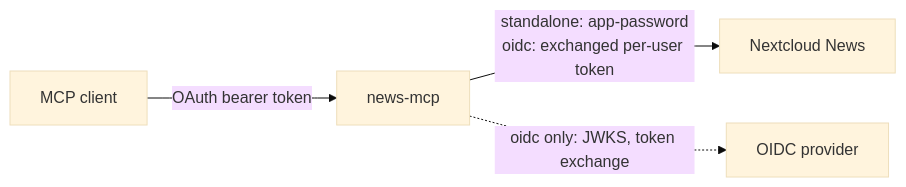
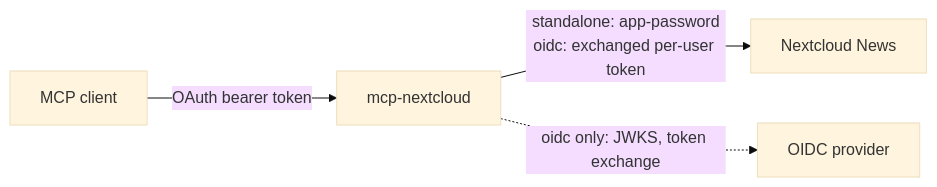
One commit to mrdev023/mcp-nextcloud changed the diagram in README.md. Above: the diagram before and after it, drawn with Mermaid (base theme). The commit also changed other lines of this file and 7 other files, not shown here.

First line of the commit message:
docs: Rename the project to mcp-nextcloud

````diff
--- a/README.md
+++ b/README.md
@@ -14,6 +14,6 @@
 ```mermaid
 flowchart LR
-    C[MCP client] -- "OAuth bearer token" --> M[news-mcp]
+    C[MCP client] -- "OAuth bearer token" --> M[mcp-nextcloud]
     M -- "standalone: app-password<br/>oidc: exchanged per-user token" --> N[Nextcloud News]
     M -. "oidc only: JWKS, token exchange" .-> P[OIDC provider]
 ```
````
